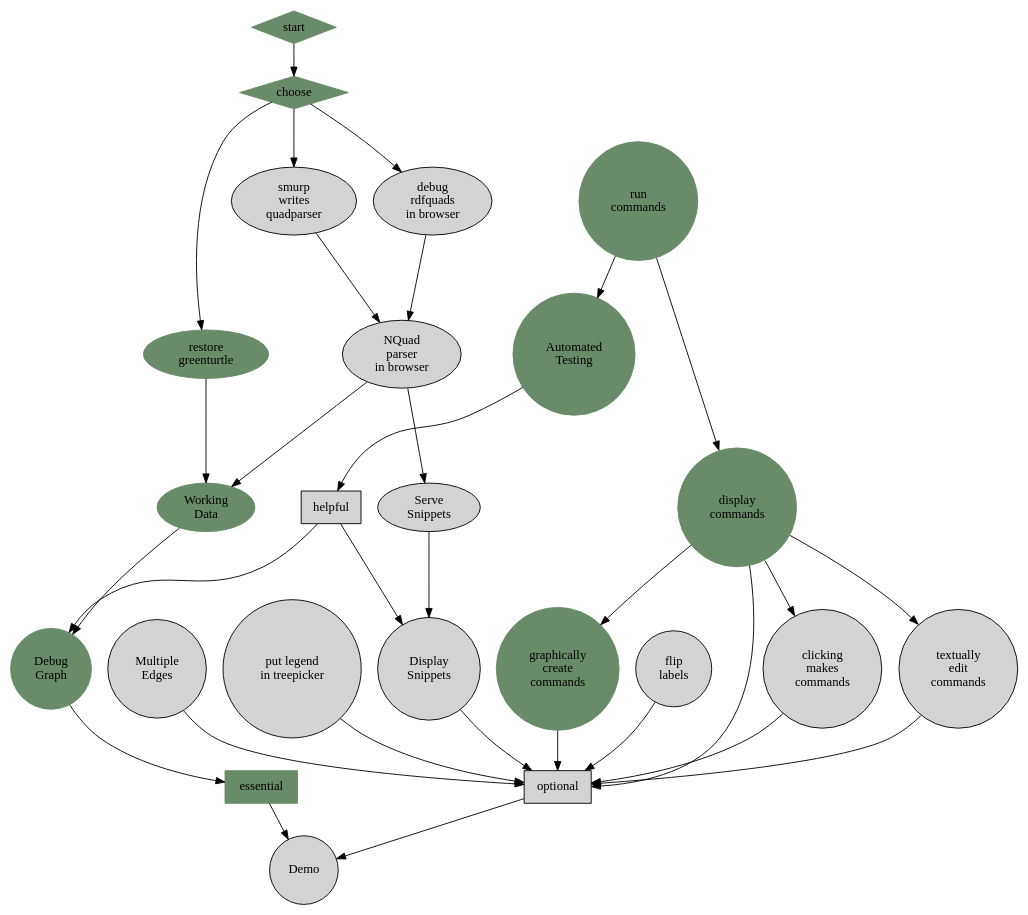
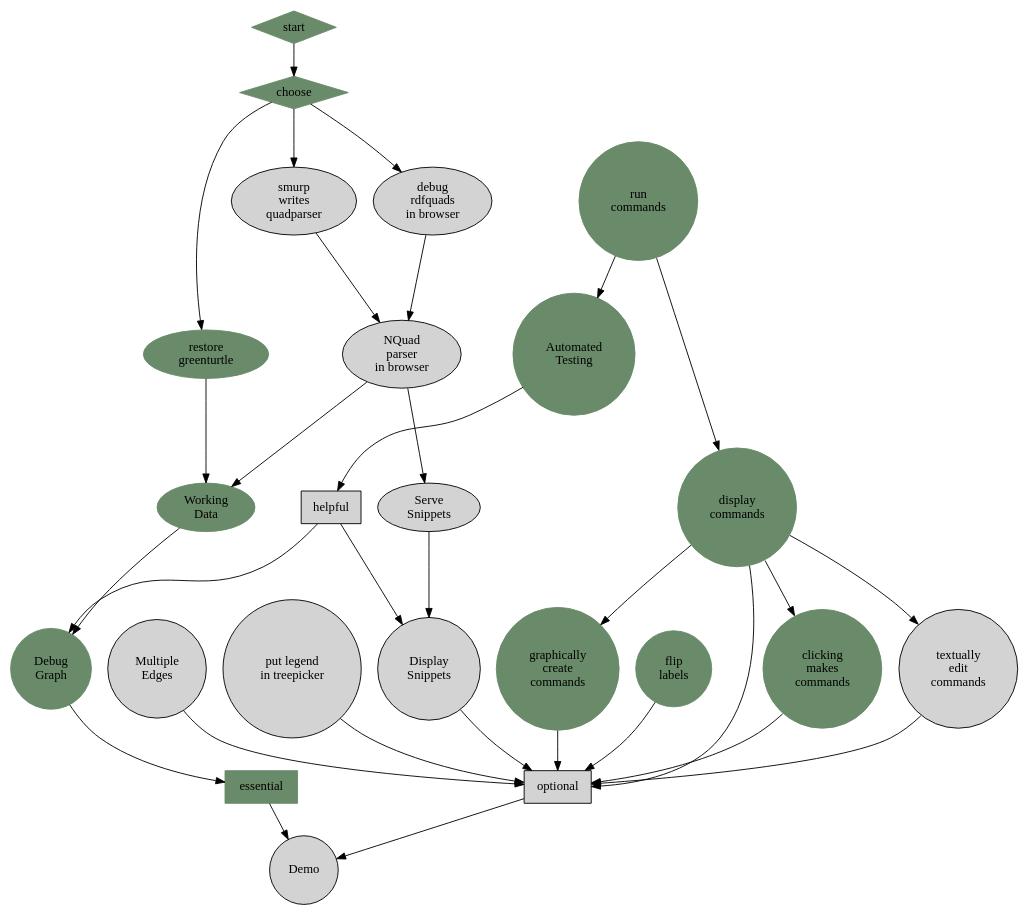
Before and after one commit to smurp/huviz: the diagram in docs/dependencies.dot, drawn with Graphviz. The commit also changed 2 other files, not shown here.

```diff
--- a/docs/dependencies.dot
+++ b/docs/dependencies.dot
@@ -1,94 +1,94 @@
 /*
 
    dot -T pdf -o dependencies.pdf dependencies.dot
    dot -T svg -o dependencies.svg dependencies.dot 
 
    See:
      http://www.graphviz.org/content/cluster
 
    NODE_A   enables   NODE_B;
    serve      ->      display;
 */
 
 digraph huviz_plan {
 	node [ style = filled ];
 	randkdir=LR;
 
 	subgraph qp {
 		 color=lightgrey;
 		 style=filled;
 		 label="NQuad parser";
 		 rdfquads;
 		 smurpquads;
 		 greenturtle;
 	}
 
         rdfquads[label="debug\nrdfquads\nin browser"];
 	smurpquads[label="smurp\nwrites\nquadparser"];
 
 	smurpquads -> quadpars;
 	rdfquads -> quadpars;
 	quadpars[label="NQuad\nparser\nin browser"];
 	greenturtle[label="restore\ngreenturtle",color=darkseagreen4];
 	greenturtle -> workdata;
 	
 	workdata[label="Working\nData",color=darkseagreen4];
 	start[shape=Mdiamond,color=darkseagreen4];
 	pickpath[label="choose",shape=diamond,color=darkseagreen4];
 	start -> pickpath;
 	pickpath -> smurpquads;
 	pickpath -> rdfquads;
 	pickpath -> greenturtle;
 	quadpars -> workdata;
 
 	quadpars -> servsnip;
 
 	node [shape = circle];
 	dg[label="Debug\nGraph",color=darkseagreen4];
         testing[label="Automated\nTesting",color=darkseagreen4];
         essential[color=darkseagreen4,shape=rect];
 	helpful[shape=rect];
 	optional[shape=rect];
 	essential -> Demo;
 	optional -> Demo;
 	dispsnip -> optional;
 	
 	workdata -> dg;
 
 	servsnip -> dispsnip;
 	
 	dispsnip[label="Display\nSnippets"];
     	servsnip[label="Serve\nSnippets"];
 	me[label="Multiple\nEdges"];
 	dg -> essential;
 	me -> optional;
 	runcom[label="run\ncommands",color=darkseagreen4];
 	runcom -> dispcom;
         runcom -> testing;
         testing -> helpful;
 	helpful -> dispsnip;
         helpful -> dg;
 
 	treepicklegend[label="put legend\nin treepicker"];
         treepicklegend -> optional;
 
 	dispcom[label="display\ncommands",color=darkseagreen4];
 
-	clkcom[label="clicking\nmakes\ncommands"];
+	clkcom[label="clicking\nmakes\ncommands",color=darkseagreen4];
 	dispcom -> clkcom;
 
 	txtedcom[label="textually\nedit\ncommands"];
         dispcom -> txtedcom;
 
 	gredcom[label="graphically\ncreate\ncommands",color=darkseagreen4];
 	dispcom -> gredcom;
 	
-	fliplabels[label="flip\nlabels"];
+	fliplabels[label="flip\nlabels",color=darkseagreen4];
         fliplabels  -> optional;
 
 	dispcom -> optional;
 	txtedcom -> optional;
 	gredcom -> optional;
 	clkcom -> optional;
 
 }
```
